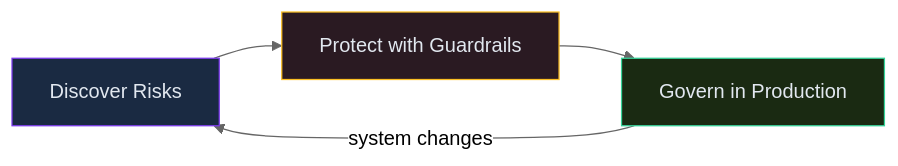
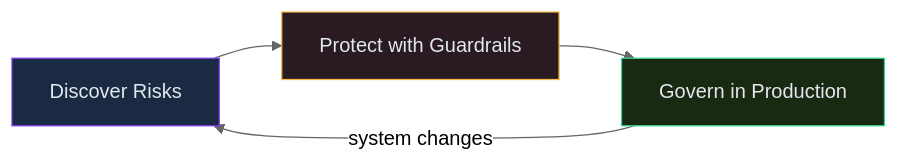
One commit to ajeetchouksey/ajch_skillup changed the diagram in scripts/diagrams/mermaid/azure-ai-foundry/azure-ai-foundry-m3-l2-security-privacy-operations-m1.mmd. Above: the diagram before and after it, drawn with Mermaid (neutral theme). The commit also changed 152 other files, not shown here.

First line of the commit message:
feat(diagrams): use the SkillUp colour code for diagram colours (#31)

```diff
--- a/scripts/diagrams/mermaid/azure-ai-foundry/azure-ai-foundry-m3-l2-security-privacy-operations-m1.mmd
+++ b/scripts/diagrams/mermaid/azure-ai-foundry/azure-ai-foundry-m3-l2-security-privacy-operations-m1.mmd
@@ -1,10 +1,10 @@
 flowchart LR
   DI[Discover Risks] --> PR[Protect with Guardrails]
   PR --> GO[Govern in Production]
   GO -->|system changes| DI
   classDef stage1 fill:#1a2a42,stroke:#7c3aed,color:#e2e8f0
-  classDef stage2 fill:#2a1a22,stroke:#fbbf24,color:#e2e8f0
+  classDef stage2 fill:#2a1a22,stroke:#f5b94a,color:#e2e8f0
   classDef stage3 fill:#1a2a12,stroke:#34d399,color:#e2e8f0
   class DI stage1
   class PR stage2
   class GO stage3
```
